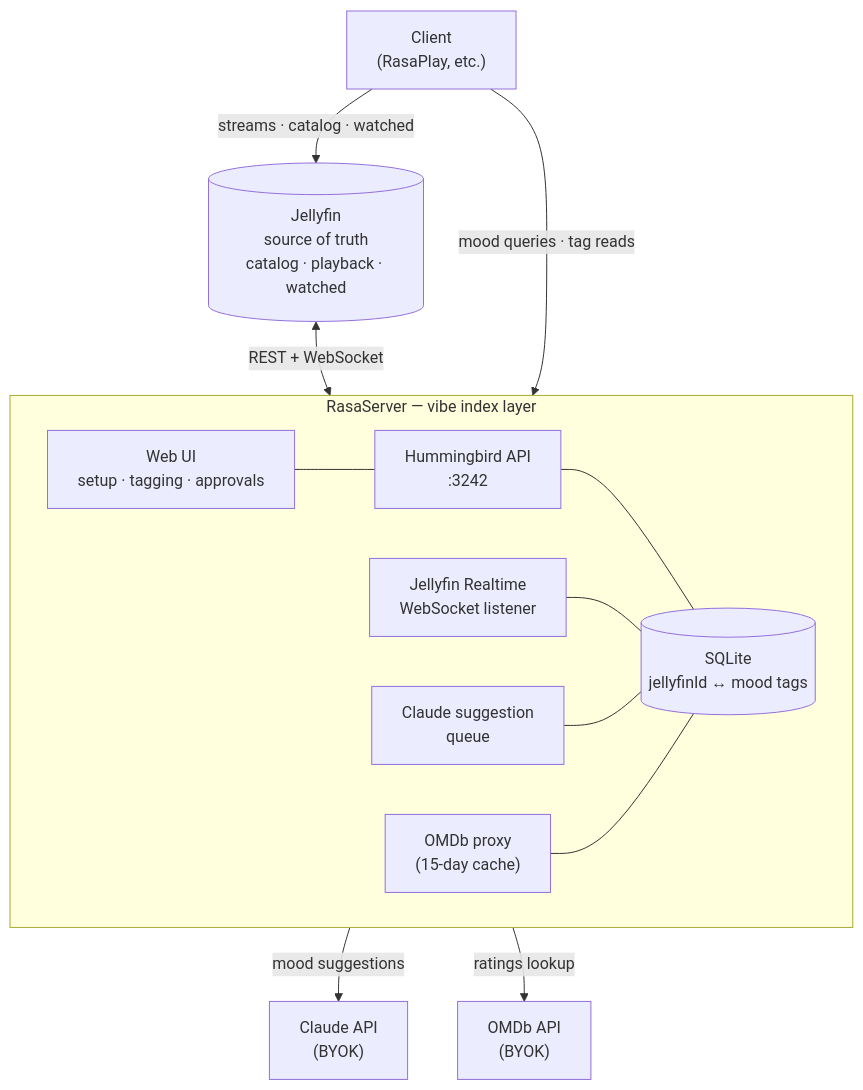
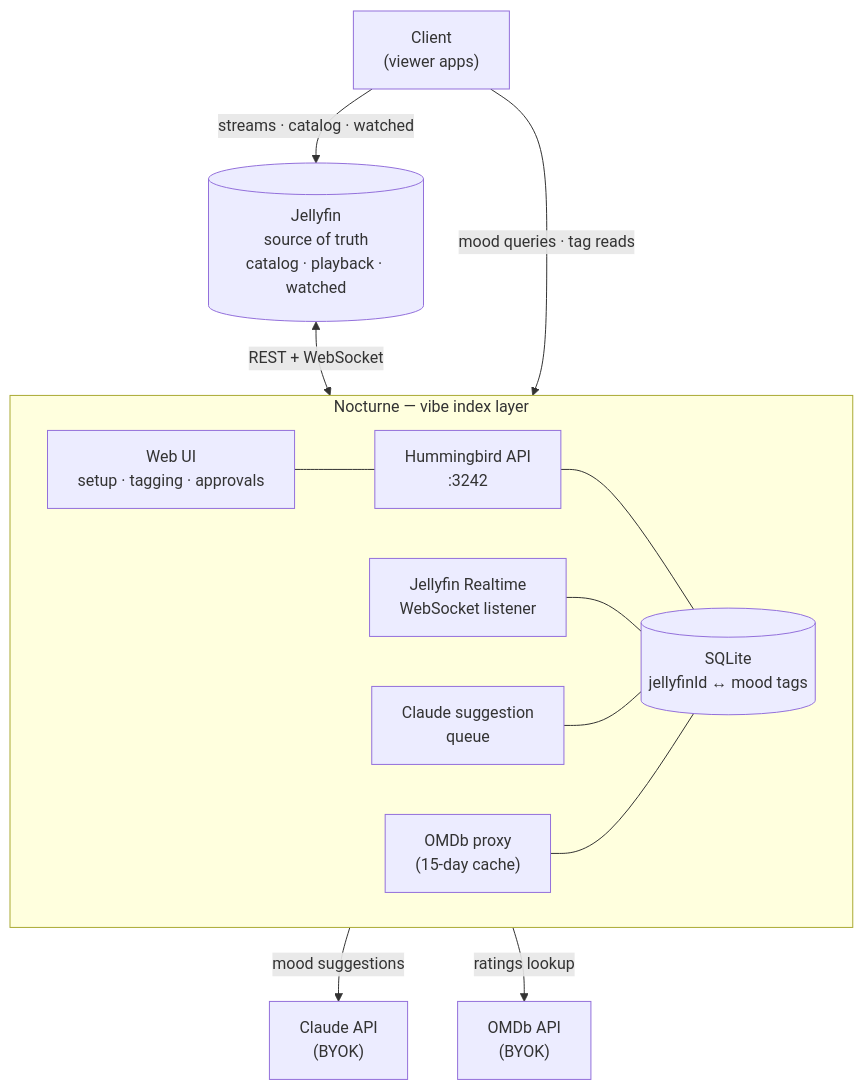
Before and after one commit to Imgkl/NocturneServer: the diagram in README.md, drawn with Mermaid. The commit also changed other lines of this file and 46 other files, not shown here.

First line of the commit message:
refactor: rename Rasa → Nocturne across server + frontend

````diff
--- a/README.md
+++ b/README.md
@@ -30,31 +30,31 @@
 ```mermaid
 flowchart TB
     Jellyfin[("Jellyfin<br/>source of truth<br/>catalog · playback · watched")]
 
-    subgraph Rasa["RasaServer — vibe index layer"]
+    subgraph Nocturne["Nocturne — vibe index layer"]
         direction LR
         API["Hummingbird API<br/>:3242"]
         WS["Jellyfin Realtime<br/>WebSocket listener"]
         SuggQ["Claude suggestion<br/>queue"]
         OMDbProxy["OMDb proxy<br/>(15-day cache)"]
         WebUI["Web UI<br/>setup · tagging · approvals"]
         DB[("SQLite<br/>jellyfinId ↔ mood tags")]
 
         WebUI --- API
         API --- DB
         WS --- DB
         SuggQ --- DB
         OMDbProxy --- DB
     end
 
-    Client["Client<br/>(RasaPlay, etc.)"]
+    Client["Client<br/>(viewer apps)"]
     Claude["Claude API<br/>(BYOK)"]
     OMDb["OMDb API<br/>(BYOK)"]
 
     Jellyfin <-- "REST + WebSocket" --> WS
     Client -- "streams · catalog · watched" --> Jellyfin
     Client -- "mood queries · tag reads" --> API
 
     SuggQ -- "mood suggestions" --> Claude
     OMDbProxy -- "ratings lookup" --> OMDb
 ```
````
